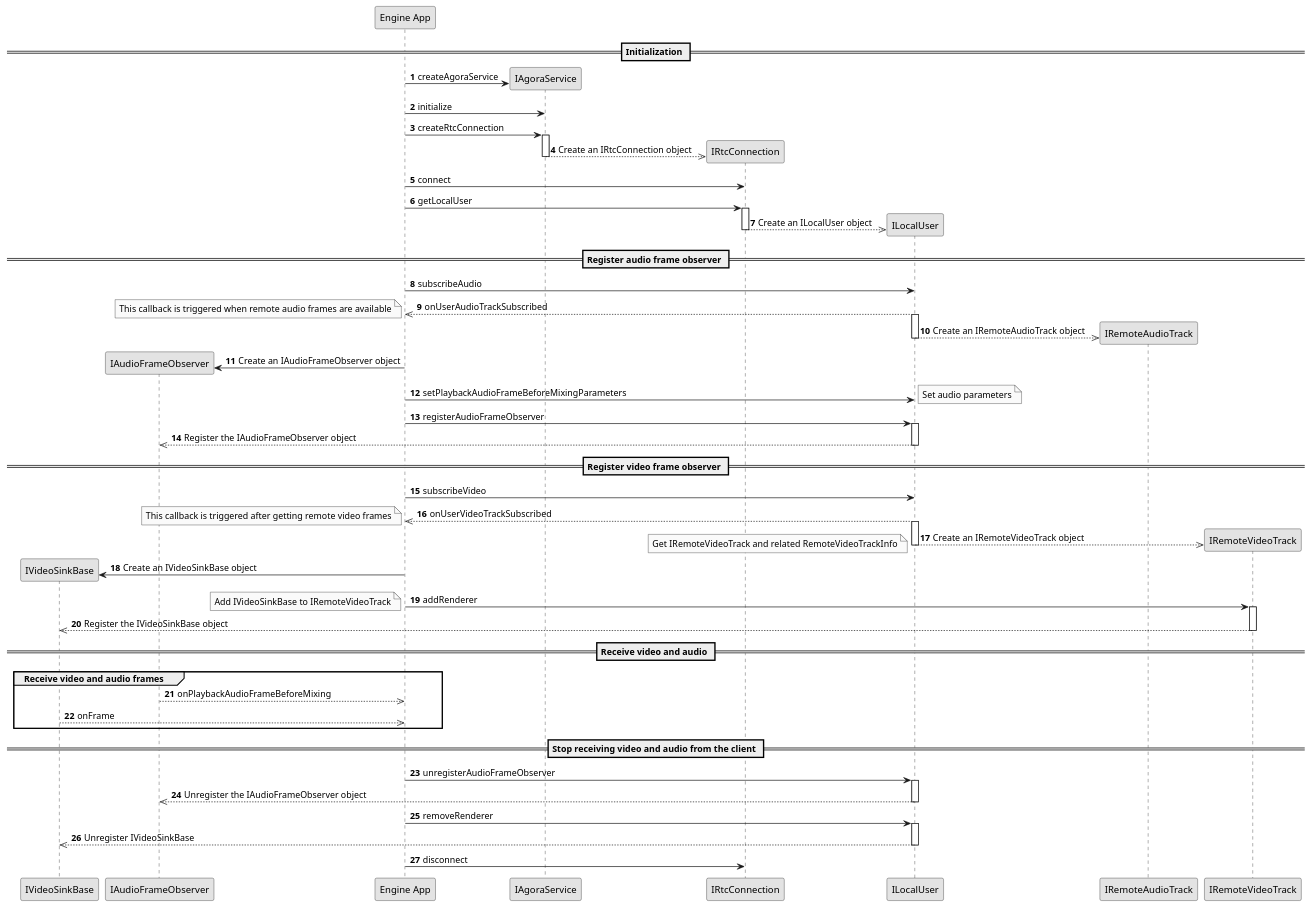
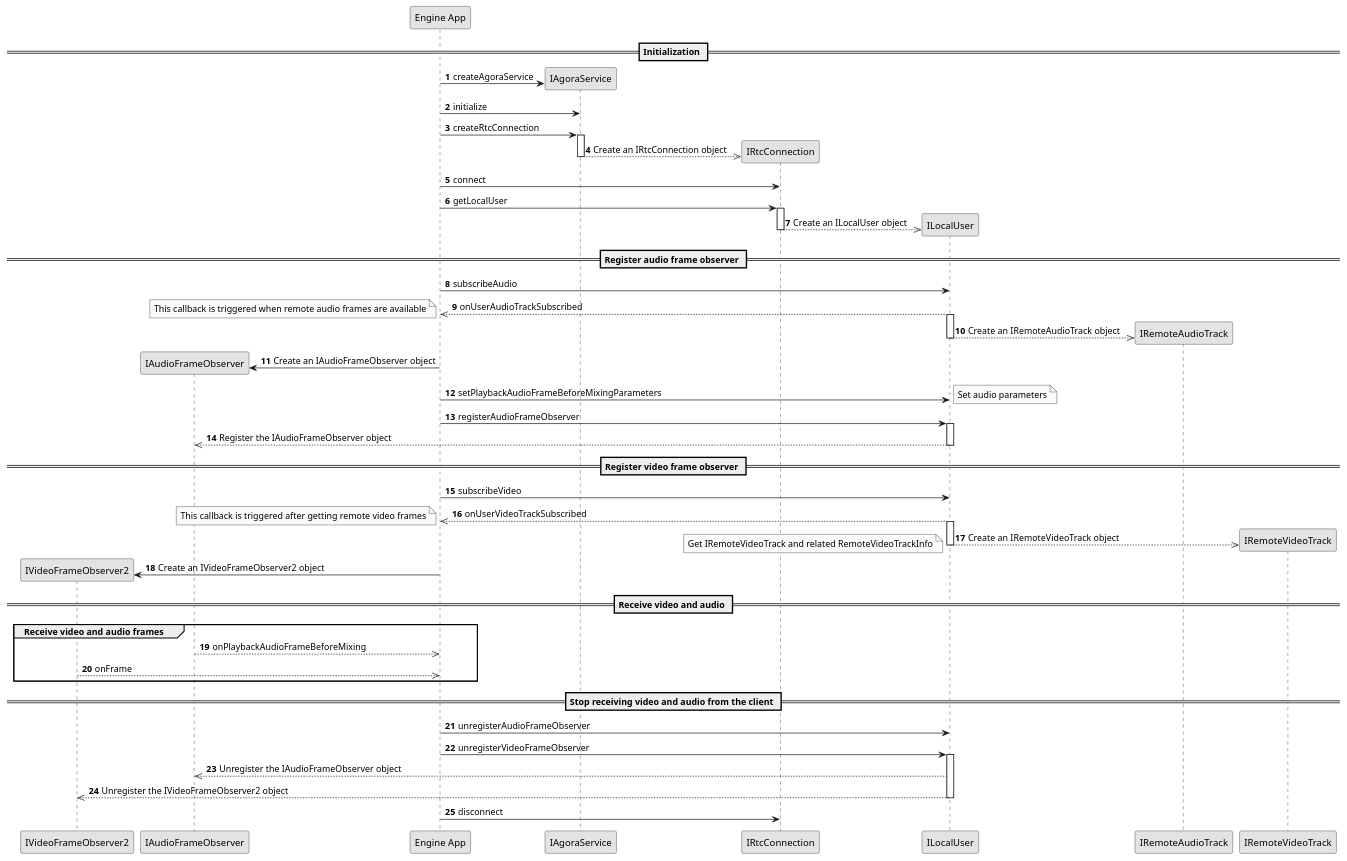
Before and after one commit to AgoraIO/agora_doc_source: the diagram in en-US/markdown/Server-Gateway/03.wsd, drawn with PlantUML.

```diff
--- a/en-US/markdown/Server-Gateway/03.wsd
+++ b/en-US/markdown/Server-Gateway/03.wsd
@@ -1,82 +1,73 @@
 @startuml
 autonumber
 skinparam monochrome true
-participant IVideoSinkBase
+participant IVideoFrameObserver2
 participant IAudioFrameObserver
 participant "Engine App"
 
 == Initialization ==
 create IAgoraService
 "Engine App"->IAgoraService: createAgoraService
 "Engine App"->IAgoraService: initialize
 "Engine App"->IAgoraService: createRtcConnection
 activate IAgoraService
 create IRtcConnection
 IAgoraService-->>IRtcConnection: Create an IRtcConnection object
 deactivate IAgoraService
 "Engine App"->IRtcConnection: connect
 "Engine App"->IRtcConnection: getLocalUser
 activate IRtcConnection
 create ILocalUser
 IRtcConnection-->>ILocalUser: Create an ILocalUser object
 deactivate IRtcConnection
 
 == Register audio frame observer ==
 "Engine App"->ILocalUser: subscribeAudio
 ILocalUser-->>"Engine App": onUserAudioTrackSubscribed
 note left: This callback is triggered when remote audio frames are available
 activate ILocalUser
 create IRemoteAudioTrack
 ILocalUser-->>IRemoteAudioTrack: Create an IRemoteAudioTrack object
 deactivate ILocalUser
 create IAudioFrameObserver
 IAudioFrameObserver<-"Engine App": Create an IAudioFrameObserver object
 
 "Engine App"->ILocalUser: setPlaybackAudioFrameBeforeMixingParameters
 note right: Set audio parameters
 "Engine App"->ILocalUser: registerAudioFrameObserver
 activate ILocalUser
 ILocalUser-->>IAudioFrameObserver: Register the IAudioFrameObserver object
 deactivate ILocalUser
 
 
 
 
 == Register video frame observer ==
 "Engine App"->ILocalUser: subscribeVideo
 ILocalUser-->>"Engine App": onUserVideoTrackSubscribed
 note left: This callback is triggered after getting remote video frames
 activate ILocalUser
 create IRemoteVideoTrack
 ILocalUser-->>IRemoteVideoTrack: Create an IRemoteVideoTrack object
 deactivate ILocalUser
 note left: Get IRemoteVideoTrack and related RemoteVideoTrackInfo
 
-create IVideoSinkBase
-"Engine App"->IVideoSinkBase: Create an IVideoSinkBase object
-
-"Engine App"->IRemoteVideoTrack: addRenderer
-note left: Add IVideoSinkBase to IRemoteVideoTrack
-activate IRemoteVideoTrack
-IRemoteVideoTrack-->>IVideoSinkBase: Register the IVideoSinkBase object
-deactivate IRemoteVideoTrack
-
+create IVideoFrameObserver2
+"Engine App"->IVideoFrameObserver2: Create an IVideoFrameObserver2 object
 
 == Receive video and audio ==
 group Receive video and audio frames
 IAudioFrameObserver-->>"Engine App": onPlaybackAudioFrameBeforeMixing
 
-IVideoSinkBase-->>"Engine App":onFrame
+IVideoFrameObserver2-->>"Engine App":onFrame
 end
 
 == Stop receiving video and audio from the client ==
 "Engine App"->ILocalUser: unregisterAudioFrameObserver
+"Engine App"->ILocalUser: unregisterVideoFrameObserver
 activate ILocalUser
 ILocalUser-->>IAudioFrameObserver: Unregister the IAudioFrameObserver object
-deactivate ILocalUser
-"Engine App"->ILocalUser: removeRenderer
-activate ILocalUser
-ILocalUser-->>IVideoSinkBase: Unregister IVideoSinkBase
+ILocalUser-->>IVideoFrameObserver2: Unregister the IVideoFrameObserver2 object
 deactivate ILocalUser
 "Engine App"->IRtcConnection: disconnect
 @enduml
```
